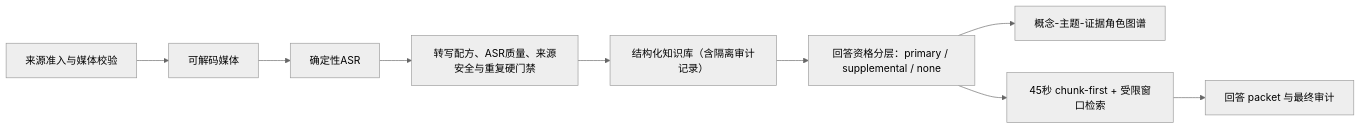
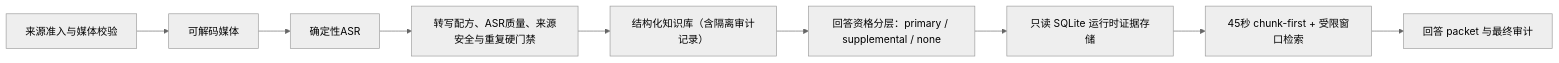
One commit to MuyuanGuo/badminton-skills-coach changed the diagram in README.md. Above: the diagram before and after it, drawn with Mermaid (neutral theme). The commit also changed other lines of this file and 136 other files, not shown here.

Commit message:
Fix architecture audit findings

```diff
--- a/README.md
+++ b/README.md
@@ -129,11 +148,11 @@
 ~~~mermaid
 flowchart LR
     B["来源准入与媒体校验"] --> C["可解码媒体"]
     C --> D["确定性ASR"]
     D --> P["转写配方、ASR质量、来源安全与重复硬门禁"]
     P --> E["结构化知识库（含隔离审计记录）"]
     E --> A["回答资格分层：primary / supplemental / none"]
-    A --> KG["概念-主题-证据角色图谱"]
-    A --> F["45秒 chunk-first + 受限窗口检索"]
+    A --> S["只读 SQLite 运行时证据存储"]
+    S --> F["45秒 chunk-first + 受限窗口检索"]
     F --> R["回答 packet 与最终审计"]
 ~~~
```
